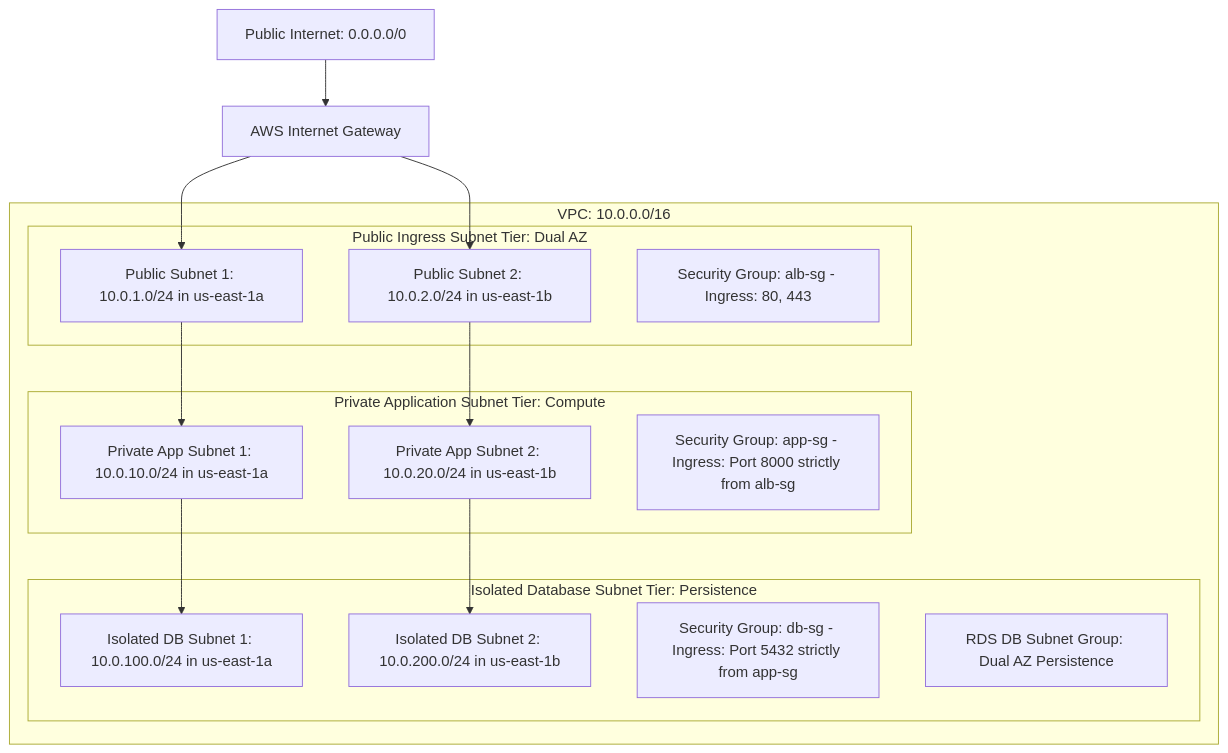
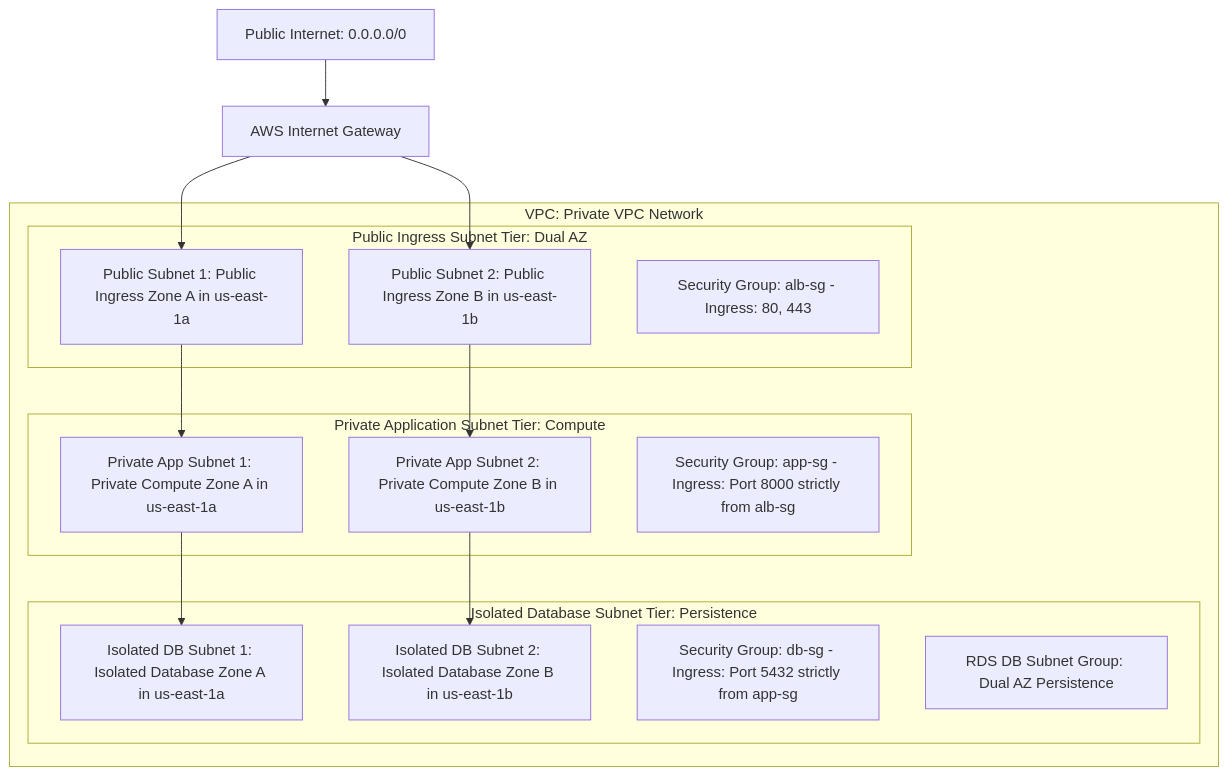
The diagram in docs/architecture/cloud-foundation.md (ememjohn/onprem-to-cloud), drawn with Mermaid before and after one commit. The commit also changed other lines of this file and 9 other files, not shown here.

Commit message:
style(docs): replace raw network CIDRs with clean functional architectural tier labels

````diff
--- a/docs/architecture/cloud-foundation.md
+++ b/docs/architecture/cloud-foundation.md
@@ -8,32 +8,32 @@
 ```mermaid
 graph TD
     Internet[Public Internet: 0.0.0.0/0] --> IGW[AWS Internet Gateway]
 
-    subgraph AWS_VPC [VPC: 10.0.0.0/16]
+    subgraph AWS_VPC [VPC: Private VPC Network]
         subgraph Public_Tier [Public Ingress Subnet Tier: Dual AZ]
-            PubSub1[Public Subnet 1: 10.0.1.0/24 in us-east-1a]
-            PubSub2[Public Subnet 2: 10.0.2.0/24 in us-east-1b]
+            PubSub1[Public Subnet 1: Public Ingress Zone A in us-east-1a]
+            PubSub2[Public Subnet 2: Public Ingress Zone B in us-east-1b]
             ALB_SG[Security Group: alb-sg - Ingress: 80, 443]
         end
 
         subgraph Private_App_Tier [Private Application Subnet Tier: Compute]
-            AppSub1[Private App Subnet 1: 10.0.10.0/24 in us-east-1a]
-            AppSub2[Private App Subnet 2: 10.0.20.0/24 in us-east-1b]
+            AppSub1[Private App Subnet 1: Private Compute Zone A in us-east-1a]
+            AppSub2[Private App Subnet 2: Private Compute Zone B in us-east-1b]
             App_SG[Security Group: app-sg - Ingress: Port 8000 strictly from alb-sg]
         end
 
         subgraph Isolated_DB_Tier [Isolated Database Subnet Tier: Persistence]
-            DBSub1[Isolated DB Subnet 1: 10.0.100.0/24 in us-east-1a]
-            DBSub2[Isolated DB Subnet 2: 10.0.200.0/24 in us-east-1b]
+            DBSub1[Isolated DB Subnet 1: Isolated Database Zone A in us-east-1a]
+            DBSub2[Isolated DB Subnet 2: Isolated Database Zone B in us-east-1b]
             DB_SG[Security Group: db-sg - Ingress: Port 5432 strictly from app-sg]
             DBSubGroup[RDS DB Subnet Group: Dual AZ Persistence]
         end
     end
 
     IGW --> PubSub1
     IGW --> PubSub2
     PubSub1 --> AppSub1
     PubSub2 --> AppSub2
     AppSub1 --> DBSub1
     AppSub2 --> DBSub2
 ```
````
